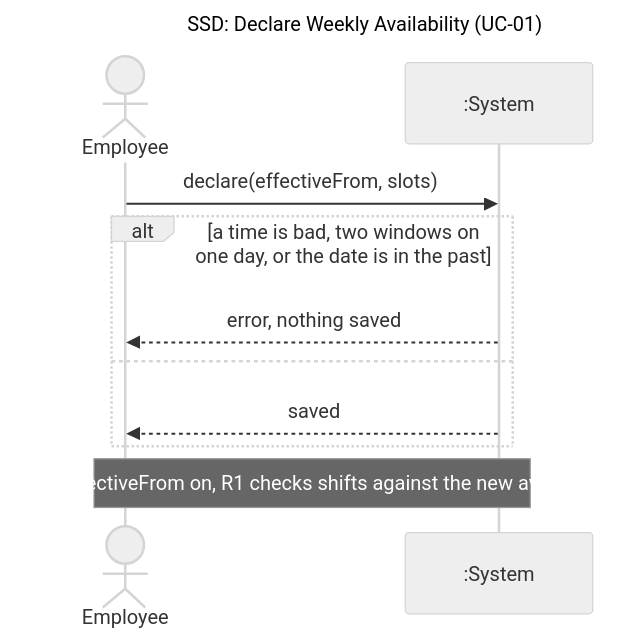
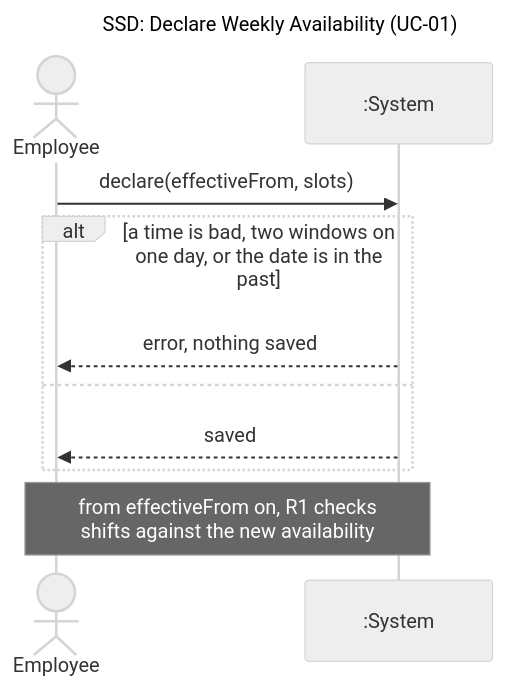
Before and after one commit to perfettiful/ShiftChex: the diagram in diagrams/mmd/requirements/ssd_availability.mmd, drawn with Mermaid (neutral theme). The commit also changed 37 other files, not shown here.

Commit message:
update styles on diagrams

```diff
--- a/diagrams/mmd/requirements/ssd_availability.mmd
+++ b/diagrams/mmd/requirements/ssd_availability.mmd
@@ -1,13 +1,13 @@
 ---
 title: "SSD: Declare Weekly Availability (UC-01)"
 ---
 sequenceDiagram
     actor Employee
     participant System as :System
     Employee->>System: declare(effectiveFrom, slots)
     alt a time is bad, two windows on one day, or the date is in the past
         System-->>Employee: error, nothing saved
     else
         System-->>Employee: saved
     end
-    Note over Employee,System: from effectiveFrom on, R1 checks shifts against the new availability
+    Note over Employee,System: from effectiveFrom on, R1 checks<br/>shifts against the new availability
```
